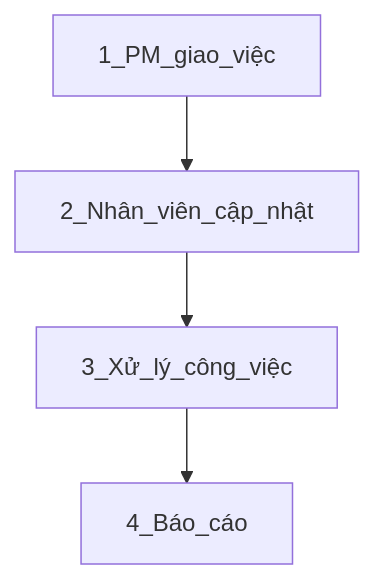
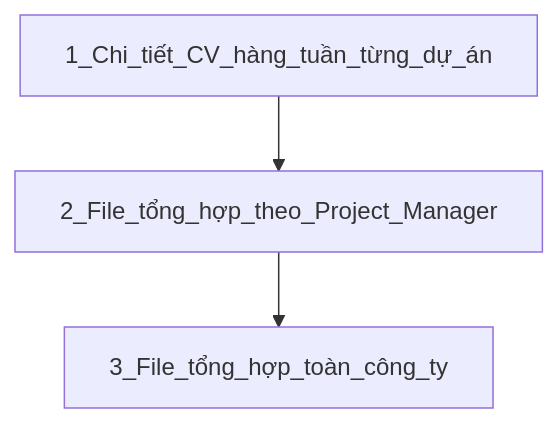
One commit to hoanglong8/FoxAI-Cong-viec-chung changed the second of 4 diagrams in Biên bản họp/Năm 2025/Tháng 4/BB họp tuần 16.md. Above: the diagram before and after it, drawn with Mermaid. The commit also changed other lines of this file, not shown here.

Commit message:
Update BB họp tuần 16.md

````diff
--- a/Biên bản họp/Năm 2025/Tháng 4/BB họp tuần 16.md
+++ b/Biên bản họp/Năm 2025/Tháng 4/BB họp tuần 16.md
@@ -52,4 +55,4 @@
 ```mermaid
 graph TB;
-    1_PM_giao_việc --> 2_Nhân_viên_cập_nhật --> 3_Xử_lý_công_việc --> 4_Báo_cáo
+    1_Chi_tiết_CV_hàng_tuần_từng_dự_án --> 2_File_tổng_hợp_theo_Project_Manager --> 3_File_tổng_hợp_toàn_công_ty
 ```
````
